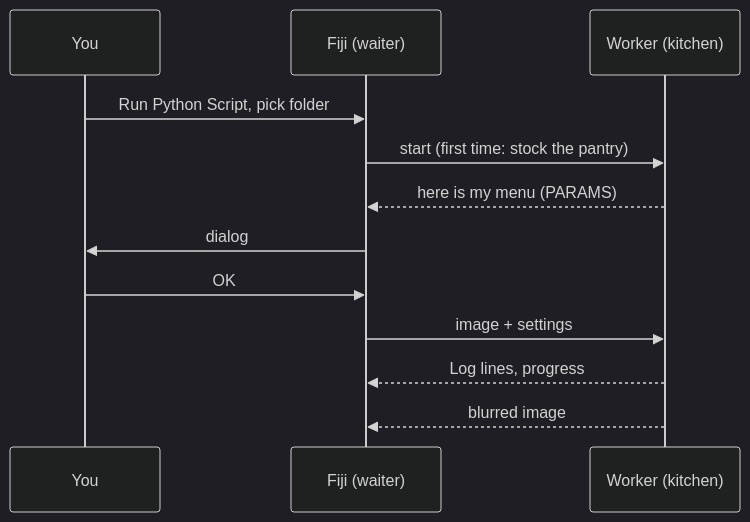
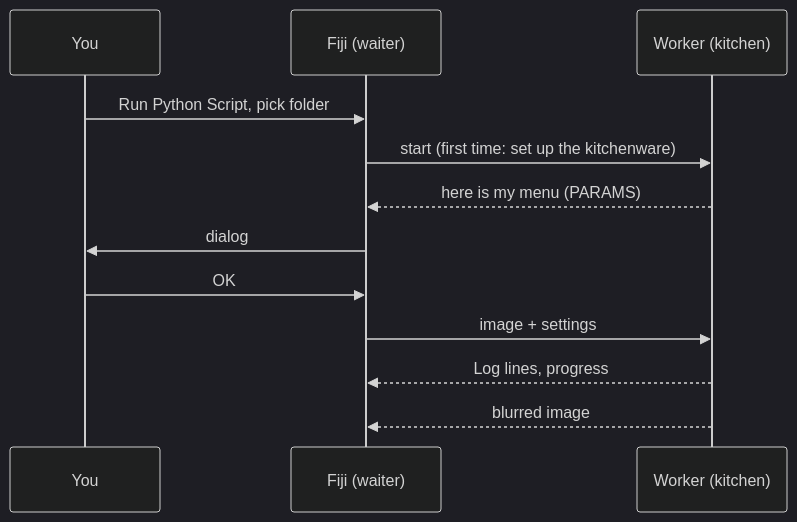
The diagram in guide/fiji/first-run.md (Oxford-Zeiss-Centre-of-Excellence/Wavu), drawn with Mermaid (dark theme) before and after one commit. The commit also changed other lines of this file and 221 other files, not shown here.

````diff
--- a/guide/fiji/first-run.md
+++ b/guide/fiji/first-run.md
@@ -10,14 +10,14 @@
 ```mermaid
 sequenceDiagram
     participant You
     participant Fiji as Fiji (waiter)
     participant W as Worker (kitchen)
     You->>Fiji: Run Python Script, pick folder
-    Fiji->>W: start (first time: stock the pantry)
+    Fiji->>W: start (first time: set up the kitchenware)
     W-->>Fiji: here is my menu (PARAMS)
     Fiji->>You: dialog
     You->>Fiji: OK
     Fiji->>W: image + settings
     W-->>Fiji: Log lines, progress
     W-->>Fiji: blurred image
 ```
````
